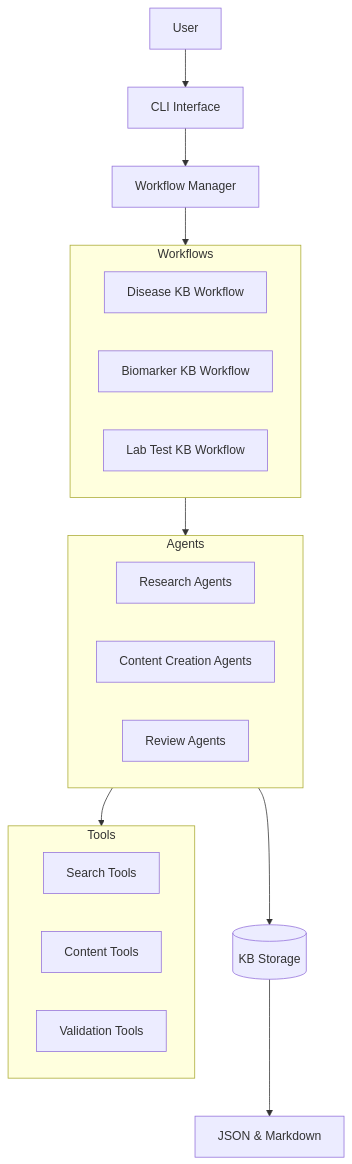
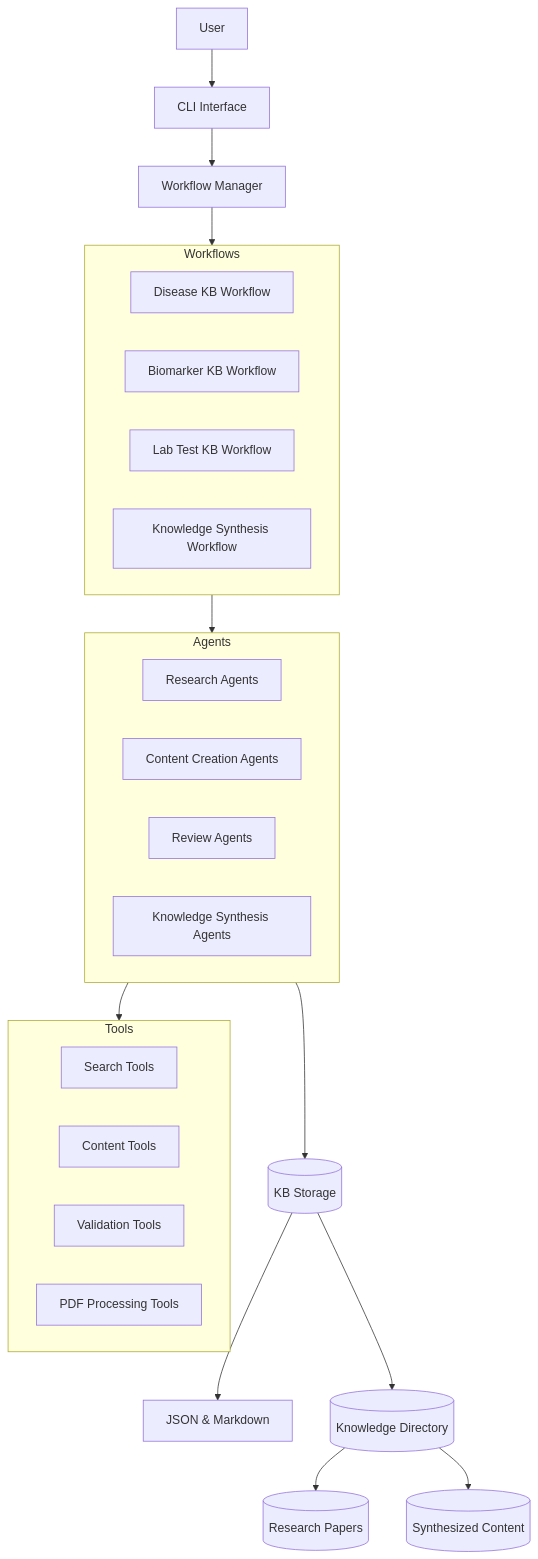
One commit to vrothenberg/CrewKB changed the first of 2 diagrams in memory-bank/systemPatterns.md. Above: the diagram before and after it, drawn with Mermaid. The commit also changed other lines of this file and 31 other files, not shown here.

````diff
--- a/memory-bank/systemPatterns.md
+++ b/memory-bank/systemPatterns.md
@@ -7,33 +7,41 @@
 ```mermaid
 flowchart TD
     User[User] --> CLI[CLI Interface]
     CLI --> WorkflowManager[Workflow Manager]
     
     WorkflowManager --> Workflows
     
     subgraph Workflows
         DiseaseWorkflow[Disease KB Workflow]
         BiomarkerWorkflow[Biomarker KB Workflow]
         LabTestWorkflow[Lab Test KB Workflow]
+        KnowledgeSynthesisWorkflow[Knowledge Synthesis Workflow]
     end
     
     subgraph Agents
         ResearchAgents[Research Agents]
         ContentAgents[Content Creation Agents]
         ReviewAgents[Review Agents]
+        SynthesisAgents[Knowledge Synthesis Agents]
     end
     
     Workflows --> Agents
     
     Agents --> Tools
     
     subgraph Tools
         SearchTools[Search Tools]
         ContentTools[Content Tools]
         ValidationTools[Validation Tools]
+        PDFTools[PDF Processing Tools]
     end
     
     Agents --> KBStorage[(KB Storage)]
     
     KBStorage --> OutputFormats[JSON & Markdown]
+    
+    KBStorage --> KnowledgeDir[(Knowledge Directory)]
+    
+    KnowledgeDir --> Papers[(Research Papers)]
+    KnowledgeDir --> Synthesis[(Synthesized Content)]
 ```
````
